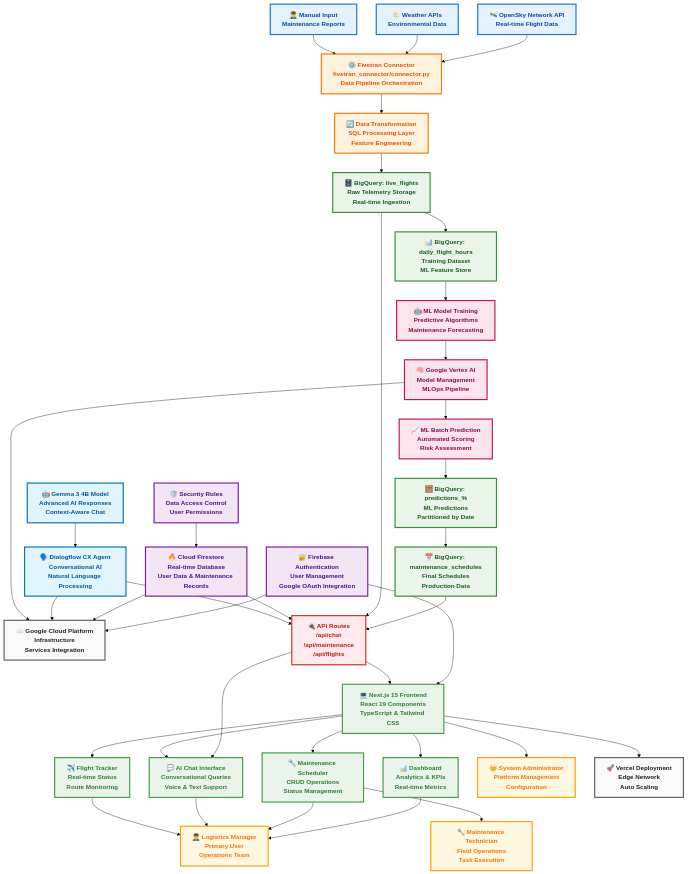
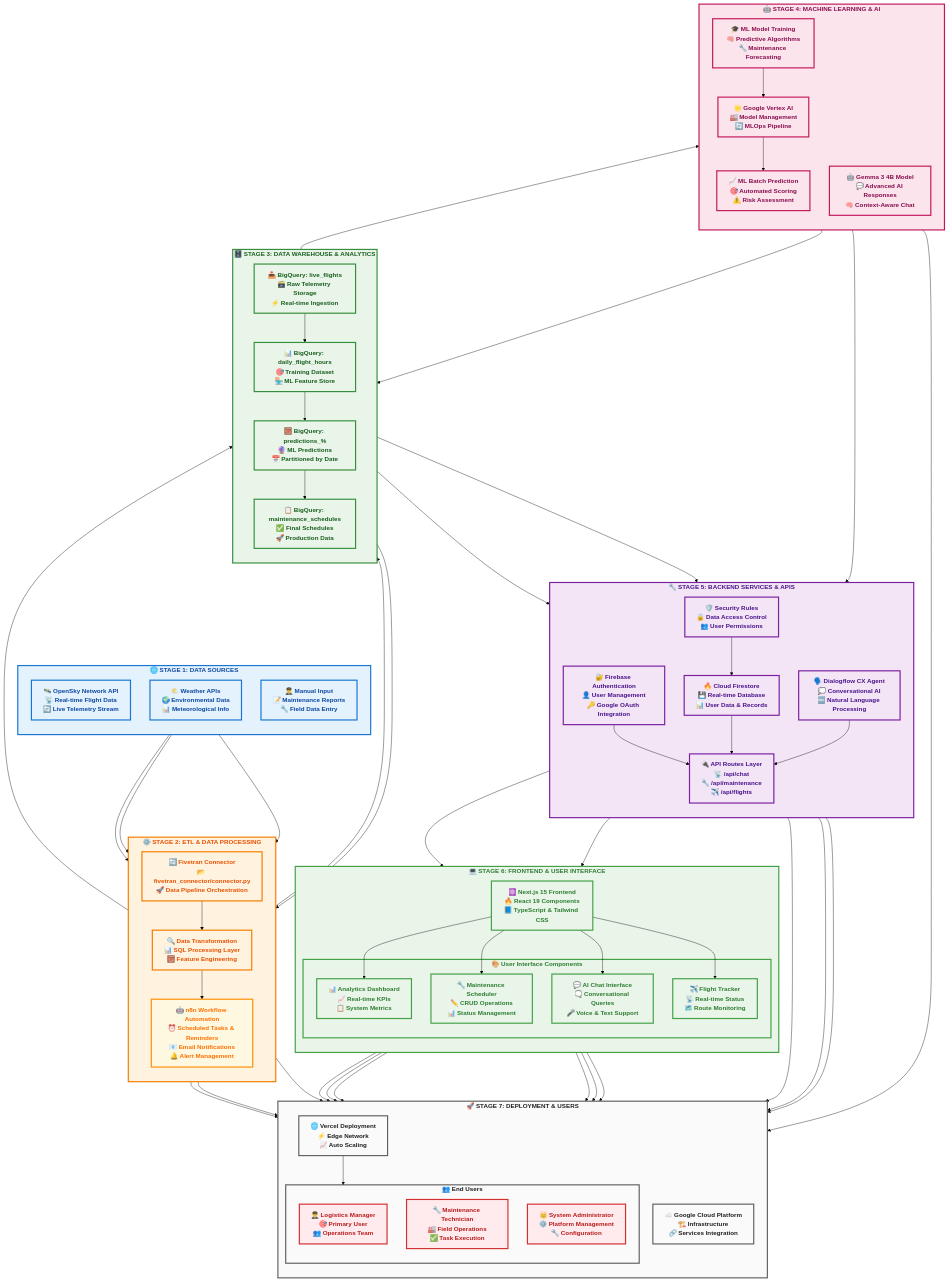
One commit to Hetpatel01021111/MTC_AeroTrackAI changed the first of 2 diagrams in README.md. Above: the diagram before and after it, drawn with Mermaid (forest theme). The commit also changed other lines of this file, not shown here.

Commit message:
✨ Perfect Architecture Alignment & n8n Integration
🎯 Major Improvements:
- Perfect stage-by-stage architecture alignment with 7 distinct layers
- Beautiful color-coded nodes for each system component
- Added comprehensive n8n workflow automation integration
- Detailed workflow examples and automation features
- Enhanced visual hierarchy with proper subgraph organization
- Professional documentation with clear stage separation

🤖 n8n Features Added:
- Scheduled reminders and automated tasks
- Intelligent alert system with multi-channel notifications
- Automated reporting with HTML email generation
- Workflow examples for daily, weekly, and emergency scenarios
- Integration with Gmail, Slack, and database updates

🎨 Visual Enhancements:
- Perfectly aligned architecture diagram
- Clear stage boundaries and data flow
- Enhanced color scheme for better readability
- Professional emoji usage for visual appeal

````diff
--- a/README.md
+++ b/README.md
@@ -17,90 +20,137 @@
 ```mermaid
 %% ===============================================
 %% AeroTrack AI - Complete System Architecture
+%% Perfectly Aligned with Stage Separation
 %% ===============================================
-graph TD
-    %% ===== DATA SOURCES =====
-    API["🛰️ OpenSky Network API<br/>Real-time Flight Data"]
-    WEATHER["🌤️ Weather APIs<br/>Environmental Data"]
-    MANUAL["👨‍✈️ Manual Input<br/>Maintenance Reports"]
+graph TB
+    %% ===== STAGE 1: DATA SOURCES =====
+    subgraph DS ["🌐 STAGE 1: DATA SOURCES"]
+        direction TB
+        API["🛰️ OpenSky Network API<br/>📡 Real-time Flight Data<br/>🔄 Live Telemetry Stream"]
+        WEATHER["🌤️ Weather APIs<br/>🌍 Environmental Data<br/>📊 Meteorological Info"]
+        MANUAL["👨‍✈️ Manual Input<br/>📝 Maintenance Reports<br/>🔧 Field Data Entry"]
+    end
     
-    %% ===== ETL & INGESTION =====
-    FVT["⚙️ Fivetran Connector<br/>fivetran_connector/connector.py<br/>Data Pipeline Orchestration"]
-    TRANSFORM["🔄 Data Transformation<br/>SQL Processing Layer<br/>Feature Engineering"]
+    %% ===== STAGE 2: ETL & PROCESSING =====
+    subgraph ETL ["⚙️ STAGE 2: ETL & DATA PROCESSING"]
+        direction TB
+        FVT["🔄 Fivetran Connector<br/>📂 fivetran_connector/connector.py<br/>🚀 Data Pipeline Orchestration"]
+        TRANSFORM["🔍 Data Transformation<br/>📊 SQL Processing Layer<br/>🧮 Feature Engineering"]
+        N8N["🤖 n8n Workflow Automation<br/>⏰ Scheduled Tasks & Reminders<br/>📧 Email Notifications<br/>🔔 Alert Management"]
+    end
     
-    %% ===== DATA WAREHOUSE =====
-    BQ_RAW["🗄️ BigQuery: live_flights<br/>Raw Telemetry Storage<br/>Real-time Ingestion"]
-    BQ_TRAIN["📊 BigQuery: daily_flight_hours<br/>Training Dataset<br/>ML Feature Store"]
-    BQ_PRED["🧮 BigQuery: predictions_%<br/>ML Predictions<br/>Partitioned by Date"]
-    BQ_FINAL["📅 BigQuery: maintenance_schedules<br/>Final Schedules<br/>Production Data"]
+    %% ===== STAGE 3: DATA WAREHOUSE =====
+    subgraph DW ["🗄️ STAGE 3: DATA WAREHOUSE & ANALYTICS"]
+        direction TB
+        BQ_RAW["📥 BigQuery: live_flights<br/>🗃️ Raw Telemetry Storage<br/>⚡ Real-time Ingestion"]
+        BQ_TRAIN["📊 BigQuery: daily_flight_hours<br/>🎯 Training Dataset<br/>🏪 ML Feature Store"]
+        BQ_PRED["🧮 BigQuery: predictions_%<br/>🔮 ML Predictions<br/>📅 Partitioned by Date"]
+        BQ_FINAL["📋 BigQuery: maintenance_schedules<br/>✅ Final Schedules<br/>🚀 Production Data"]
+    end
     
-    %% ===== MACHINE LEARNING =====
-    ML_TRAIN["🤖 ML Model Training<br/>Predictive Algorithms<br/>Maintenance Forecasting"]
-    ML_PRED["📈 ML Batch Prediction<br/>Automated Scoring<br/>Risk Assessment"]
-    VERTEX["🧠 Google Vertex AI<br/>Model Management<br/>MLOps Pipeline"]
+    %% ===== STAGE 4: MACHINE LEARNING =====
+    subgraph ML ["🤖 STAGE 4: MACHINE LEARNING & AI"]
+        direction TB
+        ML_TRAIN["🎓 ML Model Training<br/>🧠 Predictive Algorithms<br/>🔧 Maintenance Forecasting"]
+        VERTEX["🌟 Google Vertex AI<br/>🏭 Model Management<br/>🔄 MLOps Pipeline"]
+        ML_PRED["📈 ML Batch Prediction<br/>🎯 Automated Scoring<br/>⚠️ Risk Assessment"]
+        GEMMA["🤖 Gemma 3 4B Model<br/>💬 Advanced AI Responses<br/>🧠 Context-Aware Chat"]
+    end
     
-    %% ===== BACKEND SERVICES =====
-    FIREBASE_AUTH["🔐 Firebase Authentication<br/>User Management<br/>Google OAuth Integration"]
-    FIRESTORE["🔥 Cloud Firestore<br/>Real-time Database<br/>User Data & Maintenance Records"]
-    FIREBASE_RULES["🛡️ Security Rules<br/>Data Access Control<br/>User Permissions"]
+    %% ===== STAGE 5: BACKEND SERVICES =====
+    subgraph BE ["🔧 STAGE 5: BACKEND SERVICES & APIS"]
+        direction TB
+        FIREBASE_AUTH["🔐 Firebase Authentication<br/>👤 User Management<br/>🔑 Google OAuth Integration"]
+        FIRESTORE["🔥 Cloud Firestore<br/>💾 Real-time Database<br/>📊 User Data & Records"]
+        FIREBASE_RULES["🛡️ Security Rules<br/>🔒 Data Access Control<br/>👥 User Permissions"]
+        DIALOGFLOW["🗣️ Dialogflow CX Agent<br/>💭 Conversational AI<br/>🔤 Natural Language Processing"]
+        API_ROUTES["🔌 API Routes Layer<br/>📡 /api/chat<br/>🔧 /api/maintenance<br/>✈️ /api/flights"]
+    end
     
-    %% ===== AI & CONVERSATIONAL =====
-    DIALOGFLOW["🗣️ Dialogflow CX Agent<br/>Conversational AI<br/>Natural Language Processing"]
-    GEMMA["🤖 Gemma 3 4B Model<br/>Advanced AI Responses<br/>Context-Aware Chat"]
+    %% ===== STAGE 6: FRONTEND & USER INTERFACE =====
+    subgraph FE ["💻 STAGE 6: FRONTEND & USER INTERFACE"]
+        direction TB
+        NEXTJS["⚛️ Next.js 15 Frontend<br/>🔥 React 19 Components<br/>📘 TypeScript & Tailwind CSS"]
+        
+        subgraph UI ["🎨 User Interface Components"]
+            DASHBOARD["📊 Analytics Dashboard<br/>📈 Real-time KPIs<br/>📋 System Metrics"]
+            MAINTENANCE["🔧 Maintenance Scheduler<br/>✏️ CRUD Operations<br/>📊 Status Management"]
+            CHAT["💬 AI Chat Interface<br/>🗨️ Conversational Queries<br/>🎤 Voice & Text Support"]
+            FLIGHTS["✈️ Flight Tracker<br/>📡 Real-time Status<br/>🗺️ Route Monitoring"]
+        end
+    end
     
-    %% ===== FRONTEND APPLICATION =====
-    NEXTJS["💻 Next.js 15 Frontend<br/>React 19 Components<br/>TypeScript & Tailwind CSS"]
+    %% ===== STAGE 7: DEPLOYMENT & USERS =====
+    subgraph DEPLOY ["🚀 STAGE 7: DEPLOYMENT & USERS"]
+        direction TB
+        VERCEL["🌐 Vercel Deployment<br/>⚡ Edge Network<br/>📈 Auto Scaling"]
+        GCP["☁️ Google Cloud Platform<br/>🏗️ Infrastructure<br/>🔗 Services Integration"]
+        
+        subgraph USERS ["👥 End Users"]
+            LOGISTICS["👨‍✈️ Logistics Manager<br/>🎯 Primary User<br/>👥 Operations Team"]
+            TECHNICIAN["🔧 Maintenance Technician<br/>🏭 Field Operations<br/>✅ Task Execution"]
+            ADMIN["👑 System Administrator<br/>⚙️ Platform Management<br/>🔧 Configuration"]
+        end
+    end
     
-    %% ===== USER INTERFACES =====
-    DASHBOARD["📊 Dashboard<br/>Analytics & KPIs<br/>Real-time Metrics"]
-    MAINTENANCE["🔧 Maintenance Scheduler<br/>CRUD Operations<br/>Status Management"]
-    CHAT["💬 AI Chat Interface<br/>Conversational Queries<br/>Voice & Text Support"]
-    FLIGHTS["✈️ Flight Tracker<br/>Real-time Status<br/>Route Monitoring"]
-    
-    %% ===== USERS =====
-    LOGISTICS["👨‍✈️ Logistics Manager<br/>Primary User<br/>Operations Team"]
-    TECHNICIAN["🔧 Maintenance Technician<br/>Field Operations<br/>Task Execution"]
-    ADMIN["👑 System Administrator<br/>Platform Management<br/>Configuration"]
-    
-    %% ===== DEPLOYMENT & INFRASTRUCTURE =====
-    VERCEL["🚀 Vercel Deployment<br/>Edge Network<br/>Auto Scaling"]
-    GCP["☁️ Google Cloud Platform<br/>Infrastructure<br/>Services Integration"]
-    
-    %% ===== API LAYER =====
-    API_ROUTES["🔌 API Routes<br/>/api/chat<br/>/api/maintenance<br/>/api/flights"]
-    
-    %% ===== CONNECTIONS =====
-    %% Data Flow
+    %% ===== DATA FLOW CONNECTIONS =====
+    %% Stage 1 to Stage 2
     API --> FVT
     WEATHER --> FVT
     MANUAL --> FVT
+    
+    %% Stage 2 Processing
     FVT --> TRANSFORM
+    TRANSFORM --> N8N
+    
+    %% Stage 2 to Stage 3
     TRANSFORM --> BQ_RAW
+    N8N --> BQ_RAW
+    
+    %% Stage 3 Internal Flow
     BQ_RAW --> BQ_TRAIN
+    BQ_TRAIN --> BQ_PRED
+    BQ_PRED --> BQ_FINAL
+    
+    %% Stage 3 to Stage 4
     BQ_TRAIN --> ML_TRAIN
     ML_TRAIN --> VERTEX
     VERTEX --> ML_PRED
     ML_PRED --> BQ_PRED
-    BQ_PRED --> BQ_FINAL
     
-    %% Backend Integration
+    %% Stage 4 to Stage 5
+    GEMMA --> DIALOGFLOW
     BQ_FINAL --> API_ROUTES
     BQ_RAW --> API_ROUTES
-    FIREBASE_AUTH --> NEXTJS
+    
+    %% Stage 5 Internal
+    FIREBASE_AUTH --> API_ROUTES
     FIRESTORE --> API_ROUTES
     FIREBASE_RULES --> FIRESTORE
+    DIALOGFLOW --> API_ROUTES
     
-    %% AI Integration
-    DIALOGFLOW --> API_ROUTES
-    GEMMA --> DIALOGFLOW
-    API_ROUTES --> CHAT
+    %% Stage 5 to Stage 6
+    API_ROUTES --> NEXTJS
+    FIREBASE_AUTH --> NEXTJS
     
-    %% Frontend Components
+    %% Stage 6 Internal
     NEXTJS --> DASHBOARD
     NEXTJS --> MAINTENANCE
     NEXTJS --> CHAT
     NEXTJS --> FLIGHTS
-    API_ROUTES --> NEXTJS
+    
+    %% Stage 6 to Stage 7
+    NEXTJS --> VERCEL
+    FIREBASE_AUTH --> GCP
+    FIRESTORE --> GCP
+    DIALOGFLOW --> GCP
+    VERTEX --> GCP
+    
+    %% n8n Workflow Connections
+    N8N --> LOGISTICS
+    N8N --> TECHNICIAN
+    N8N --> ADMIN
+    BQ_FINAL --> N8N
     
     %% User Interactions
     DASHBOARD --> LOGISTICS
@@ -108,36 +158,36 @@
     MAINTENANCE --> TECHNICIAN
     CHAT --> LOGISTICS
     FLIGHTS --> LOGISTICS
-    NEXTJS --> ADMIN
+    VERCEL --> USERS
     
-    %% Deployment
-    NEXTJS --> VERCEL
-    FIREBASE_AUTH --> GCP
-    FIRESTORE --> GCP
-    DIALOGFLOW --> GCP
-    VERTEX --> GCP
+    %% ===== STYLING WITH PERFECT COLORS =====
+    classDef dataSource fill:#E3F2FD,stroke:#1976D2,stroke-width:3px,color:#0D47A1,font-weight:bold
+    classDef etl fill:#FFF3E0,stroke:#F57C00,stroke-width:3px,color:#E65100,font-weight:bold
+    classDef warehouse fill:#E8F5E8,stroke:#388E3C,stroke-width:3px,color:#1B5E20,font-weight:bold
+    classDef ml fill:#FCE4EC,stroke:#C2185B,stroke-width:3px,color:#880E4F,font-weight:bold
+    classDef backend fill:#F3E5F5,stroke:#7B1FA2,stroke-width:3px,color:#4A148C,font-weight:bold
+    classDef frontend fill:#E8F5E8,stroke:#43A047,stroke-width:3px,color:#2E7D32,font-weight:bold
+    classDef deployment fill:#FAFAFA,stroke:#616161,stroke-width:3px,color:#212121,font-weight:bold
+    classDef automation fill:#FFF8E1,stroke:#FF8F00,stroke-width:3px,color:#FF6F00,font-weight:bold
+    classDef user fill:#FFEBEE,stroke:#D32F2F,stroke-width:3px,color:#B71C1C,font-weight:bold
     
-    %% ===== STYLING =====
-    classDef dataSource fill:#e3f2fd,stroke:#1976d2,stroke-width:3px,color:#0d47a1,font-weight:bold
-    classDef etl fill:#fff3e0,stroke:#f57c00,stroke-width:3px,color:#e65100,font-weight:bold
-    classDef warehouse fill:#e8f5e8,stroke:#388e3c,stroke-width:3px,color:#1b5e20,font-weight:bold
-    classDef ml fill:#fce4ec,stroke:#c2185b,stroke-width:3px,color:#880e4f,font-weight:bold
-    classDef backend fill:#f3e5f5,stroke:#7b1fa2,stroke-width:3px,color:#4a148c,font-weight:bold
-    classDef ai fill:#e1f5fe,stroke:#0277bd,stroke-width:3px,color:#01579b,font-weight:bold
-    classDef frontend fill:#e8f5e8,stroke:#43a047,stroke-width:3px,color:#2e7d32,font-weight:bold
-    classDef user fill:#fff8e1,stroke:#ffa000,stroke-width:3px,color:#ff6f00,font-weight:bold
-    classDef deployment fill:#fafafa,stroke:#616161,stroke-width:3px,color:#212121,font-weight:bold
-    classDef api fill:#ffebee,stroke:#d32f2f,stroke-width:3px,color:#b71c1c,font-weight:bold
+    %% Apply Styles to Stages
+    class DS dataSource
+    class ETL etl
+    class DW warehouse
+    class ML ml
+    class BE backend
+    class FE frontend
+    class DEPLOY deployment
     
-    %% Apply Styles
+    %% Apply Styles to Individual Components
     class API,WEATHER,MANUAL dataSource
     class FVT,TRANSFORM etl
+    class N8N automation
     class BQ_RAW,BQ_TRAIN,BQ_PRED,BQ_FINAL warehouse
-    class ML_TRAIN,ML_PRED,VERTEX ml
-    class FIREBASE_AUTH,FIRESTORE,FIREBASE_RULES backend
-    class DIALOGFLOW,GEMMA ai
-    class NEXTJS,DASHBOARD,MAINTENANCE,CHAT,FLIGHTS frontend
+    class ML_TRAIN,ML_PRED,VERTEX,GEMMA ml
+    class FIREBASE_AUTH,FIRESTORE,FIREBASE_RULES,DIALOGFLOW,API_ROUTES backend
+    class NEXTJS,DASHBOARD,MAINTENANCE,CHAT,FLIGHTS,UI frontend
+    class VERCEL,GCP,USERS deployment
     class LOGISTICS,TECHNICIAN,ADMIN user
-    class VERCEL,GCP deployment
-    class API_ROUTES api
 ```
````
